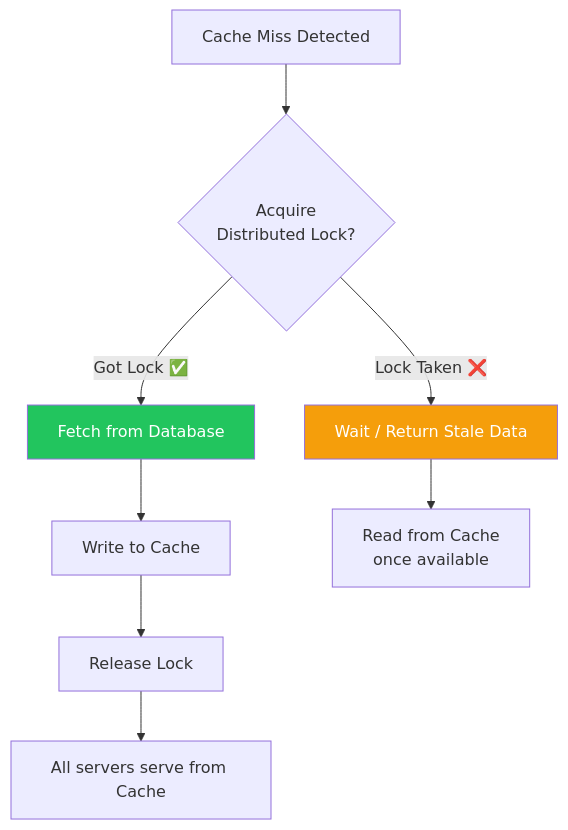
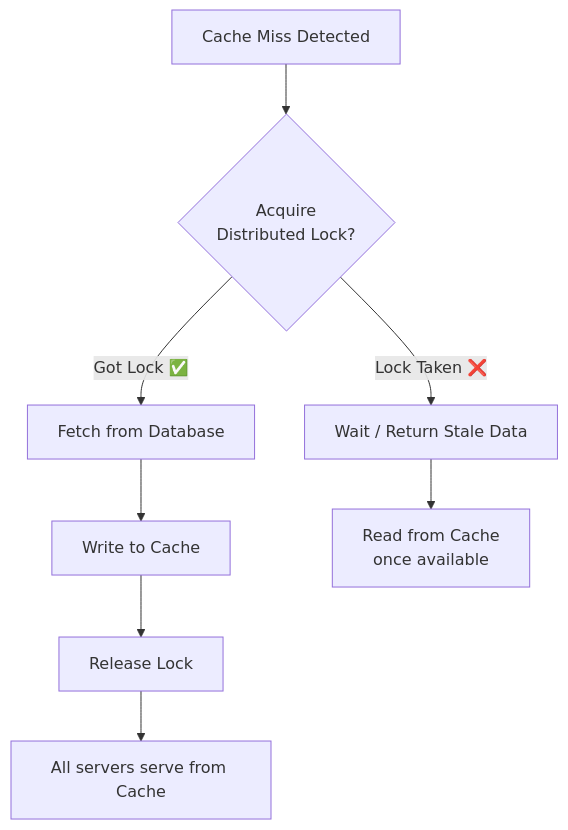
One commit to amolkharat18/blogs changed the seventh of 11 diagrams in system-design/thundering-herd-problem-en.md. Above: the diagram before and after it, drawn with Mermaid. The commit also changed other lines of this file, not shown here.

````diff
--- a/system-design/thundering-herd-problem-en.md
+++ b/system-design/thundering-herd-problem-en.md
@@ -252,13 +256,11 @@
 ```mermaid
 flowchart TD
     CacheMiss[Cache Miss Detected] --> TryLock{Acquire<br>Distributed Lock?}
     TryLock -->|Got Lock ✅| FetchDB[Fetch from Database]
     TryLock -->|Lock Taken ❌| Wait[Wait / Return Stale Data]
     FetchDB --> WriteCache[Write to Cache]
     WriteCache --> ReleaseLock[Release Lock]
     ReleaseLock --> ServeAll[All servers serve from Cache]
     Wait --> ReadCache[Read from Cache<br>once available]
     
-    style FetchDB fill:#22c55e,color:#fff
-    style Wait fill:#f59e0b,color:#fff
 ```
````
